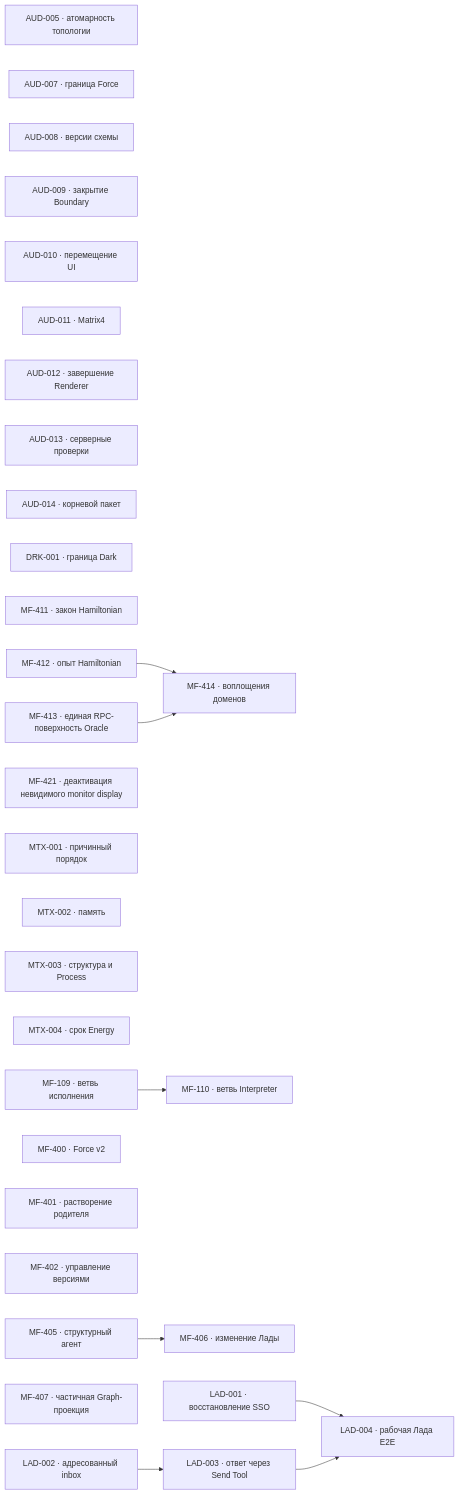
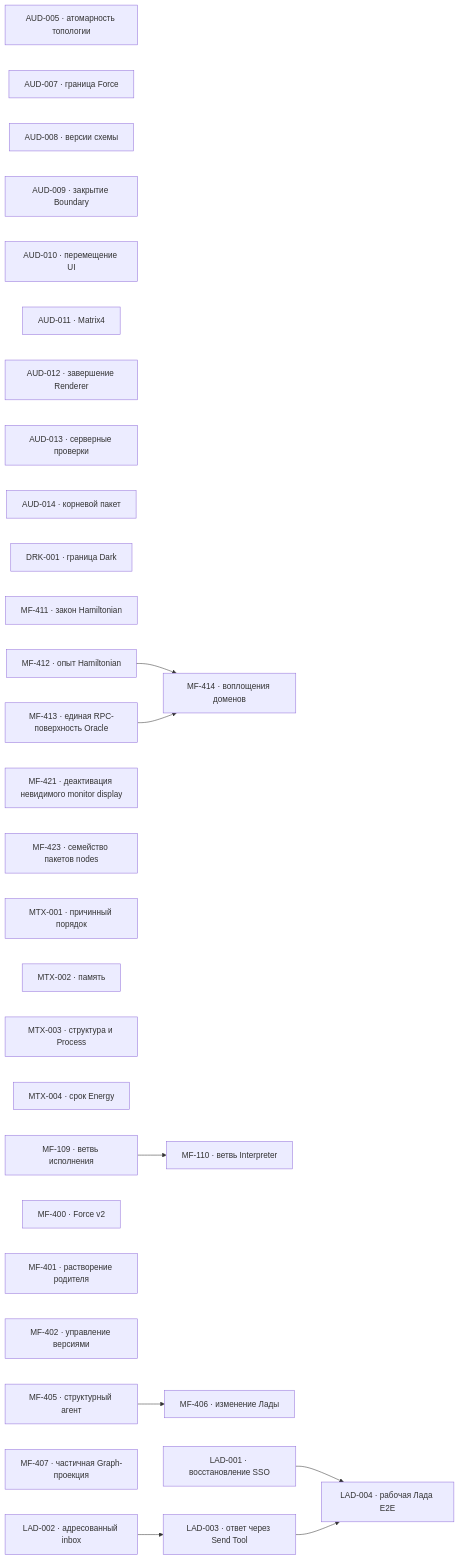
One commit to zavx0z/metafor changed the first of 2 diagrams in project/TODO.md. Above: the diagram before and after it, drawn with Mermaid. The commit also changed other lines of this file and 101 other files, not shown here.

````diff
--- a/project/TODO.md
+++ b/project/TODO.md
@@ -13,41 +13,42 @@
 ```mermaid
 flowchart LR
     AUD005["AUD-005 · атомарность топологии"]
     AUD007["AUD-007 · граница Force"]
     AUD008["AUD-008 · версии схемы"]
     AUD009["AUD-009 · закрытие Boundary"]
     AUD010["AUD-010 · перемещение UI"]
     AUD011["AUD-011 · Matrix4"]
     AUD012["AUD-012 · завершение Renderer"]
     AUD013["AUD-013 · серверные проверки"]
     AUD014["AUD-014 · корневой пакет"]
     DRK001["DRK-001 · граница Dark"]
     MF411["MF-411 · закон Hamiltonian"]
     MF412["MF-412 · опыт Hamiltonian"]
     MF413["MF-413 · единая RPC-поверхность Oracle"]
     MF414["MF-414 · воплощения доменов"]
     MF421["MF-421 · деактивация невидимого monitor display"]
+    MF423["MF-423 · семейство пакетов nodes"]
     MTX001["MTX-001 · причинный порядок"]
     MTX002["MTX-002 · память"]
     MTX003["MTX-003 · структура и Process"]
     MTX004["MTX-004 · срок Energy"]
     MF109["MF-109 · ветвь исполнения"]
     MF110["MF-110 · ветвь Interpreter"]
     MF400["MF-400 · Force v2"]
     MF401["MF-401 · растворение родителя"]
     MF402["MF-402 · управление версиями"]
     MF405["MF-405 · структурный агент"]
     MF406["MF-406 · изменение Лады"]
     MF407["MF-407 · частичная Graph-проекция"]
     LAD001["LAD-001 · восстановление SSO"]
     LAD002["LAD-002 · адресованный inbox"]
     LAD003["LAD-003 · ответ через Send Tool"]
     LAD004["LAD-004 · рабочая Лада E2E"]
     MF109 --> MF110
     MF405 --> MF406
     MF412 --> MF414
     MF413 --> MF414
     LAD002 --> LAD003
     LAD001 --> LAD004
     LAD003 --> LAD004
 ```
````
